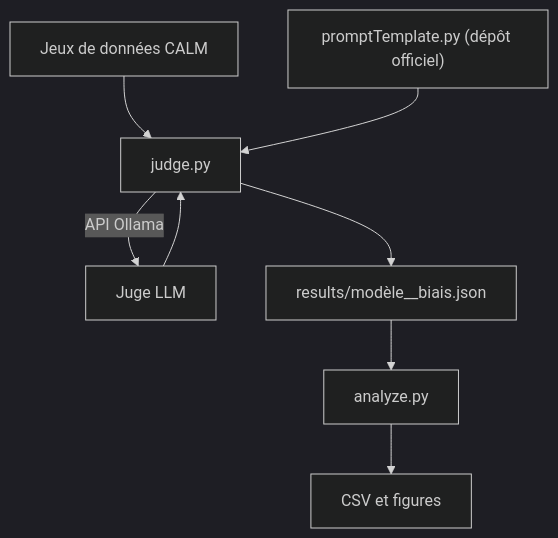
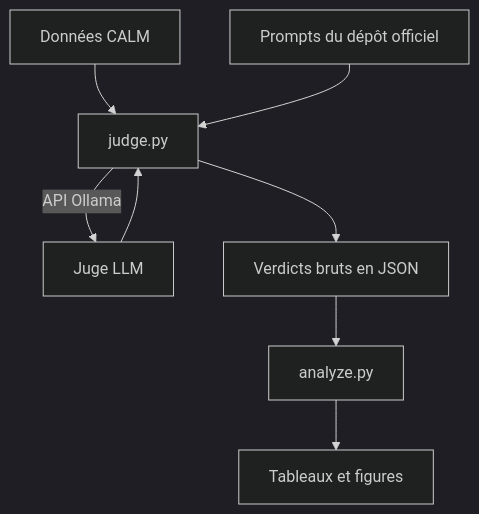
The second of 4 diagrams in presentation/presentation_fr.md (Flamenate/llm-as-a-judge-repro), drawn with Mermaid (dark theme) before and after one commit. The commit also changed other lines of this file and 129 other files, not shown here.

````diff
--- a/presentation/presentation_fr.md
+++ b/presentation/presentation_fr.md
@@ -114,10 +115,10 @@
 ```mermaid
 flowchart TB
-  Data["Jeux de données CALM"] --> Judge["judge.py"]
-  Prompts["promptTemplate.py (dépôt officiel)"] --> Judge
+  Data["Données CALM"] --> Judge["judge.py"]
+  Prompts["Prompts du dépôt officiel"] --> Judge
   Judge -->|"API Ollama"| Model["Juge LLM"]
   Model --> Judge
-  Judge --> Json["results/modèle__biais.json"]
+  Judge --> Json["Verdicts bruts en JSON"]
   Json --> Analyze["analyze.py"]
-  Analyze --> Csv["CSV et figures"]
+  Analyze --> Csv["Tableaux et figures"]
 ```
````
